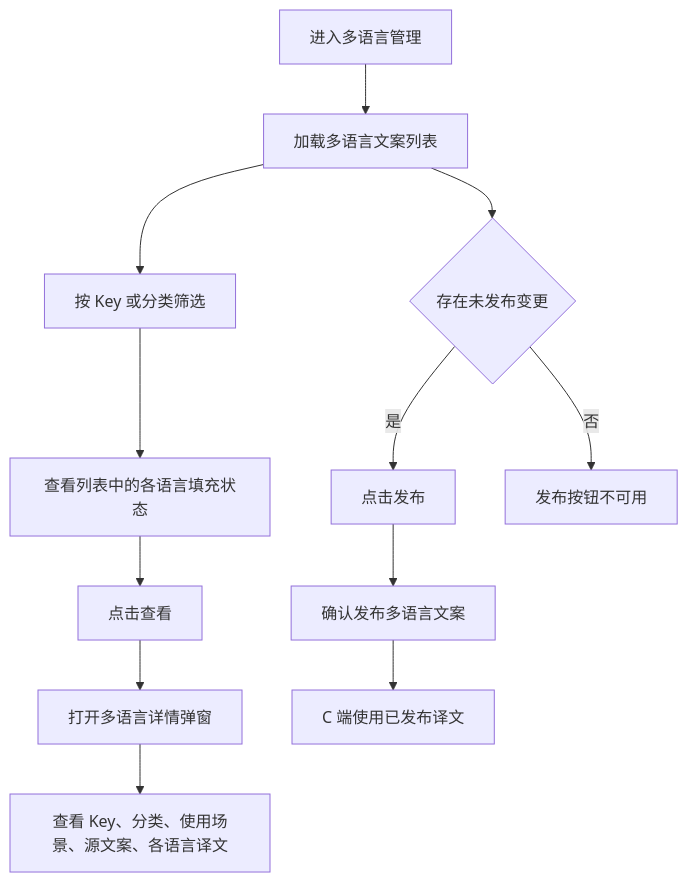
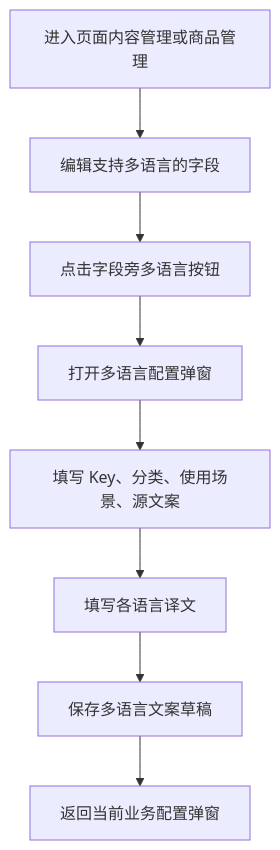
The fifth of 7 diagrams in docs/admin-prd.md (AAAlan/webstore_oversea), drawn with Mermaid before and after one commit. The commit also changed other lines of this file and 1 other file, not shown here.

````diff
--- a/docs/admin-prd.md
+++ b/docs/admin-prd.md
@@ -136,14 +135,10 @@
 ```mermaid
 flowchart TD
-  A[进入多语言管理] --> B[加载多语言文案列表]
-  B --> C[按 Key 或分类筛选]
-  C --> D[查看列表中的各语言填充状态]
-  D --> E[点击查看]
-  E --> F[打开多语言详情弹窗]
-  F --> G[查看 Key、分类、使用场景、源文案、各语言译文]
-  B --> H{存在未发布变更}
-  H -- 是 --> I[点击发布]
-  I --> J[确认发布多语言文案]
-  J --> K[C 端使用已发布译文]
-  H -- 否 --> L[发布按钮不可用]
+  A[进入页面内容管理或商品管理] --> B[编辑支持多语言的字段]
+  B --> C[点击字段旁多语言按钮]
+  C --> D[打开多语言配置弹窗]
+  D --> E[填写 Key、分类、使用场景、源文案]
+  E --> F[填写各语言译文]
+  F --> G[保存多语言文案草稿]
+  G --> H[返回当前业务配置弹窗]
 ```
````
